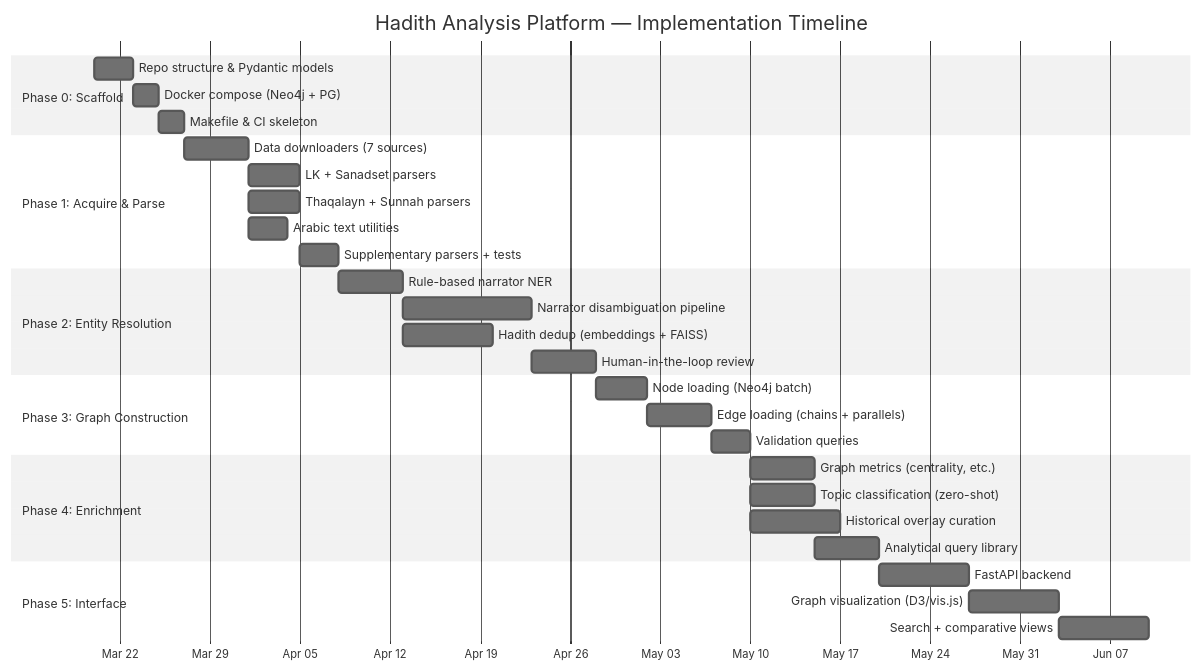
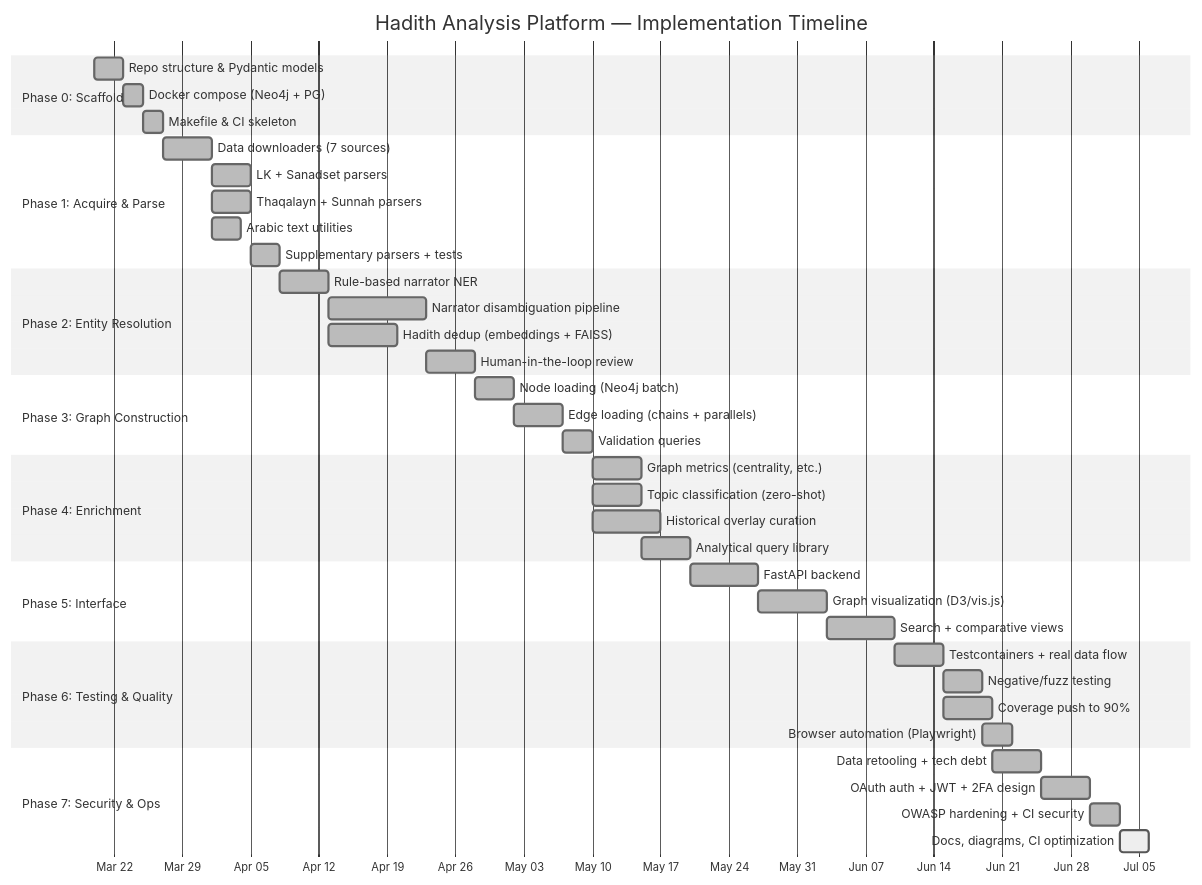
Before and after one commit to noorinalabs/isnad-graph: the diagram in docs/diagrams/implementation_gannt_phases.mmd, drawn with Mermaid (neutral theme). The commit also changed 3 other files, not shown here.

First line of the commit message:
docs(diagrams): update architecture, ER, and Gantt diagrams; add auth flow (#214)

```diff
--- a/docs/diagrams/implementation_gannt_phases.mmd
+++ b/docs/diagrams/implementation_gannt_phases.mmd
@@ -1,38 +1,50 @@
 gantt
     title Hadith Analysis Platform — Implementation Timeline
     dateFormat YYYY-MM-DD
     axisFormat %b %d
 
     section Phase 0: Scaffold
-    Repo structure & Pydantic models    :p0a, 2026-03-20, 3d
-    Docker compose (Neo4j + PG)         :p0b, after p0a, 2d
-    Makefile & CI skeleton              :p0c, after p0b, 2d
+    Repo structure & Pydantic models    :done, p0a, 2026-03-20, 3d
+    Docker compose (Neo4j + PG)         :done, p0b, after p0a, 2d
+    Makefile & CI skeleton              :done, p0c, after p0b, 2d
 
     section Phase 1: Acquire & Parse
-    Data downloaders (7 sources)        :p1a, after p0c, 5d
-    LK + Sanadset parsers              :p1b, after p1a, 4d
-    Thaqalayn + Sunnah parsers         :p1c, after p1a, 4d
-    Arabic text utilities              :p1d, after p1a, 3d
-    Supplementary parsers + tests      :p1e, after p1b, 3d
+    Data downloaders (7 sources)        :done, p1a, after p0c, 5d
+    LK + Sanadset parsers              :done, p1b, after p1a, 4d
+    Thaqalayn + Sunnah parsers         :done, p1c, after p1a, 4d
+    Arabic text utilities              :done, p1d, after p1a, 3d
+    Supplementary parsers + tests      :done, p1e, after p1b, 3d
 
     section Phase 2: Entity Resolution
-    Rule-based narrator NER            :p2a, after p1e, 5d
-    Narrator disambiguation pipeline   :p2b, after p2a, 10d
-    Hadith dedup (embeddings + FAISS)  :p2c, after p2a, 7d
-    Human-in-the-loop review           :p2d, after p2b, 5d
+    Rule-based narrator NER            :done, p2a, after p1e, 5d
+    Narrator disambiguation pipeline   :done, p2b, after p2a, 10d
+    Hadith dedup (embeddings + FAISS)  :done, p2c, after p2a, 7d
+    Human-in-the-loop review           :done, p2d, after p2b, 5d
 
     section Phase 3: Graph Construction
-    Node loading (Neo4j batch)         :p3a, after p2d, 4d
-    Edge loading (chains + parallels)  :p3b, after p3a, 5d
-    Validation queries                 :p3c, after p3b, 3d
+    Node loading (Neo4j batch)         :done, p3a, after p2d, 4d
+    Edge loading (chains + parallels)  :done, p3b, after p3a, 5d
+    Validation queries                 :done, p3c, after p3b, 3d
 
     section Phase 4: Enrichment
-    Graph metrics (centrality, etc.)   :p4a, after p3c, 5d
-    Topic classification (zero-shot)   :p4b, after p3c, 5d
-    Historical overlay curation        :p4c, after p3c, 7d
-    Analytical query library           :p4d, after p4a, 5d
+    Graph metrics (centrality, etc.)   :done, p4a, after p3c, 5d
+    Topic classification (zero-shot)   :done, p4b, after p3c, 5d
+    Historical overlay curation        :done, p4c, after p3c, 7d
+    Analytical query library           :done, p4d, after p4a, 5d
 
     section Phase 5: Interface
-    FastAPI backend                    :p5a, after p4d, 7d
-    Graph visualization (D3/vis.js)    :p5b, after p5a, 7d
-    Search + comparative views         :p5c, after p5b, 7d
+    FastAPI backend                    :done, p5a, after p4d, 7d
+    Graph visualization (D3/vis.js)    :done, p5b, after p5a, 7d
+    Search + comparative views         :done, p5c, after p5b, 7d
+
+    section Phase 6: Testing & Quality
+    Testcontainers + real data flow    :done, p6a, after p5c, 5d
+    Negative/fuzz testing              :done, p6b, after p6a, 4d
+    Coverage push to 90%               :done, p6c, after p6a, 5d
+    Browser automation (Playwright)    :done, p6d, after p6b, 3d
+
+    section Phase 7: Security & Ops
+    Data retooling + tech debt         :done, p7a, after p6c, 5d
+    OAuth auth + JWT + 2FA design      :done, p7b, after p7a, 5d
+    OWASP hardening + CI security      :done, p7c, after p7b, 3d
+    Docs, diagrams, CI optimization    :active, p7d, after p7c, 3d
```
